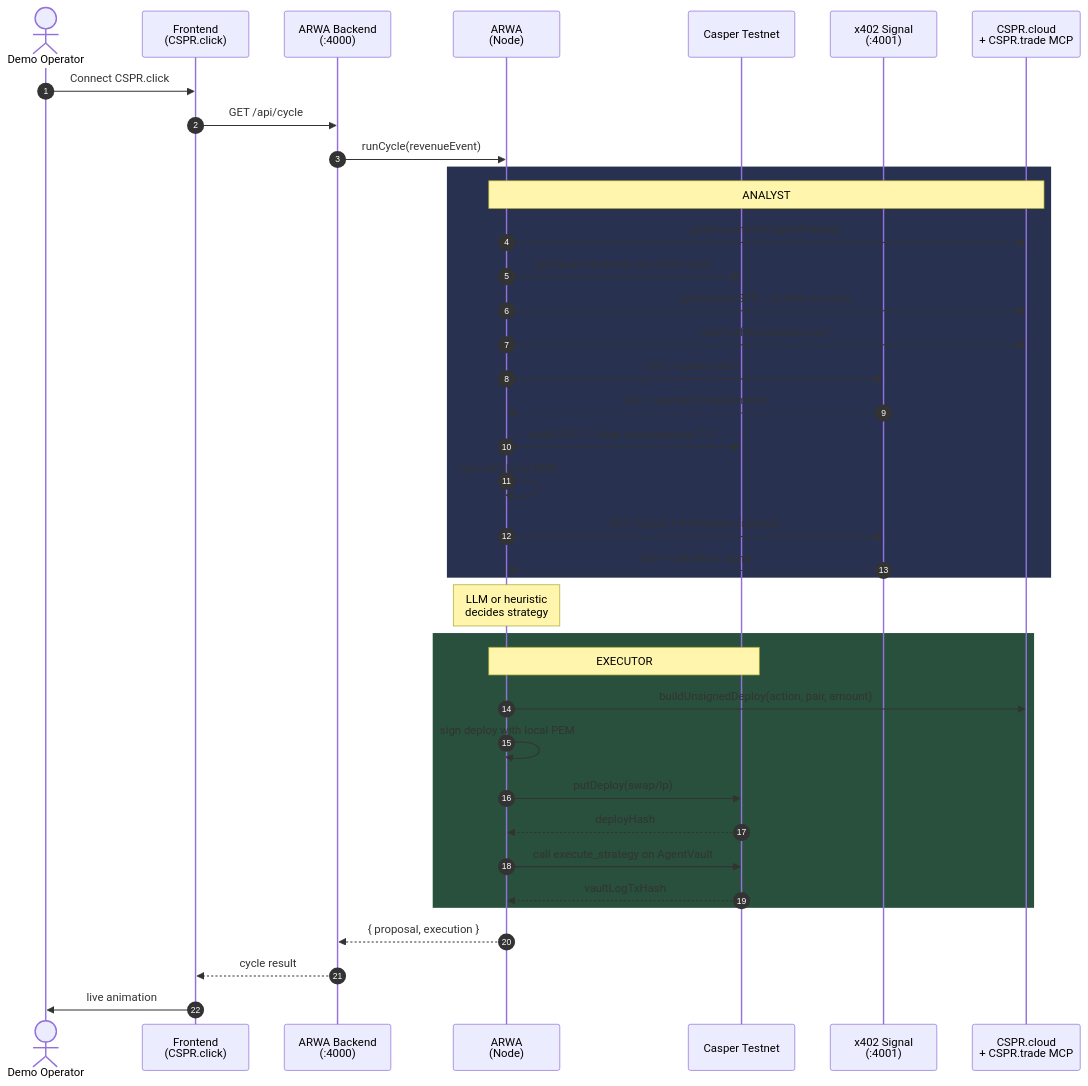
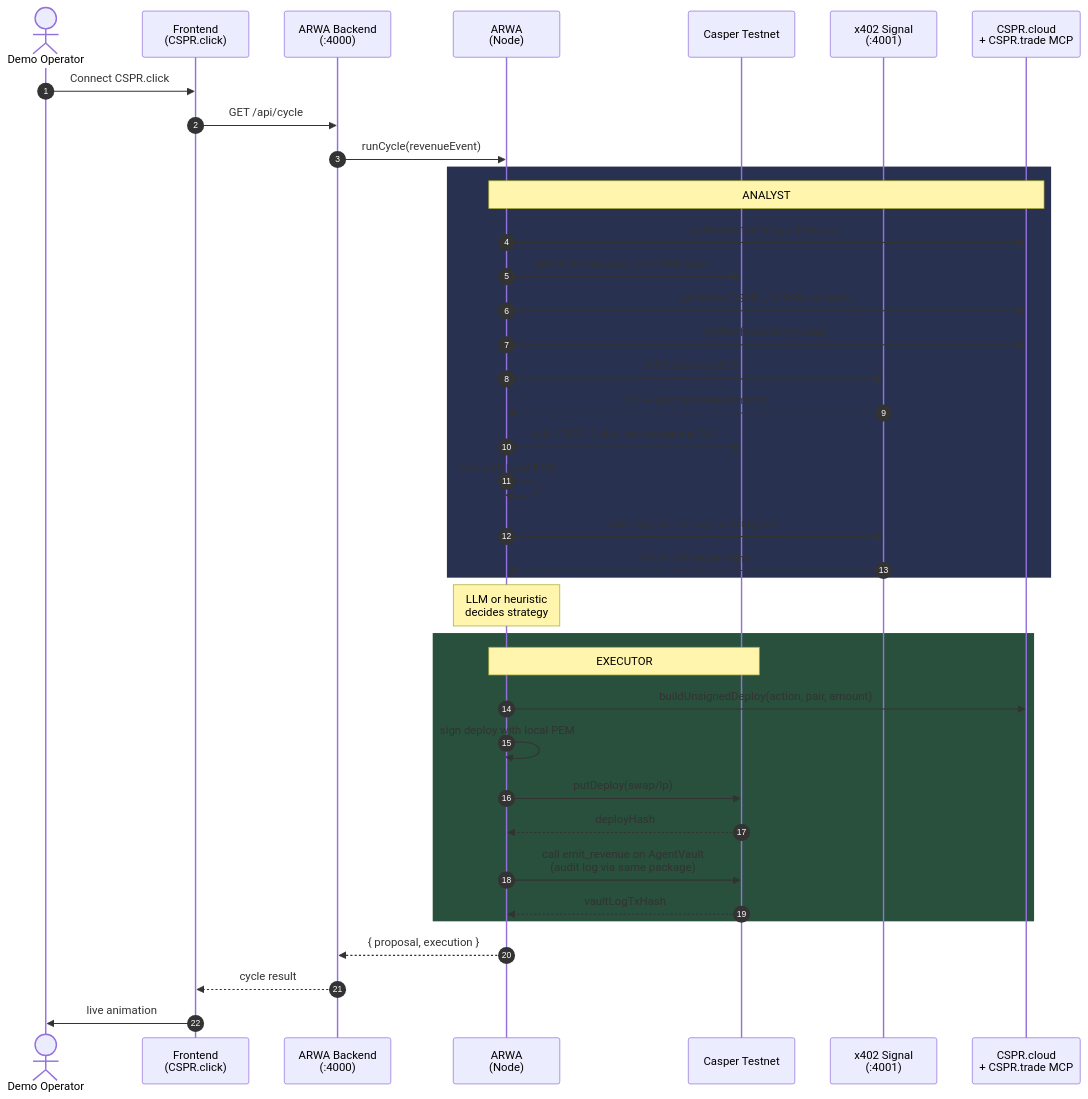
Before and after one commit to antidumpalways/ARWA-Agent: the first of 5 diagrams in README.md, drawn with Mermaid. The commit also changed other lines of this file and 8 other files, not shown here.

````diff
--- a/README.md
+++ b/README.md
@@ -68,45 +94,45 @@
 ```mermaid
 sequenceDiagram
     autonumber
     actor Operator as Demo Operator
     participant FE as Frontend<br/>(CSPR.click)
     participant API as ARWA Backend<br/>(:4000)
     participant Agent as ARWA<br/>(Node)
     participant Chain as Casper Testnet
     participant Signal as x402 Signal<br/>(:4001)
     participant MCP as CSPR.cloud<br/>+ CSPR.trade MCP
 
     Operator->>FE: Connect CSPR.click
     FE->>API: GET /api/cycle
     API->>Agent: runCycle(revenueEvent)
 
     rect rgb(40, 50, 80)
     Note over Agent,MCP: ANALYST
     Agent->>MCP: getAccountInfo(agentPubkey)
     Agent->>Chain: getVaultOverview() via CSPR.cloud
     Agent->>MCP: getQuote(CSPR→sCSPR, amount)
     Agent->>MCP: getPortfolioValue(owner)
     Agent->>Signal: GET /signal (x402)
     Signal-->>Agent: 402 + payment requirements
     Agent->>Chain: build EIP-712 sign via casper-eip-712
     Agent->>Agent: sign with local PEM
     Agent->>Signal: GET /signal + X-Payment (signed)
     Signal-->>Agent: 200 + utilization signal
     end
 
     Note over Agent: LLM or heuristic<br/>decides strategy
 
     rect rgb(40, 80, 60)
     Note over Agent,Chain: EXECUTOR
     Agent->>MCP: buildUnsignedDeploy(action, pair, amount)
     Agent->>Agent: sign deploy with local PEM
     Agent->>Chain: putDeploy(swap/lp)
     Chain-->>Agent: deployHash
-    Agent->>Chain: call execute_strategy on AgentVault
+    Agent->>Chain: call emit_revenue on AgentVault<br/>(audit log via same package)
     Chain-->>Agent: vaultLogTxHash
     end
 
     Agent-->>API: { proposal, execution }
     API-->>FE: cycle result
     FE->>Operator: live animation
 ```
````
